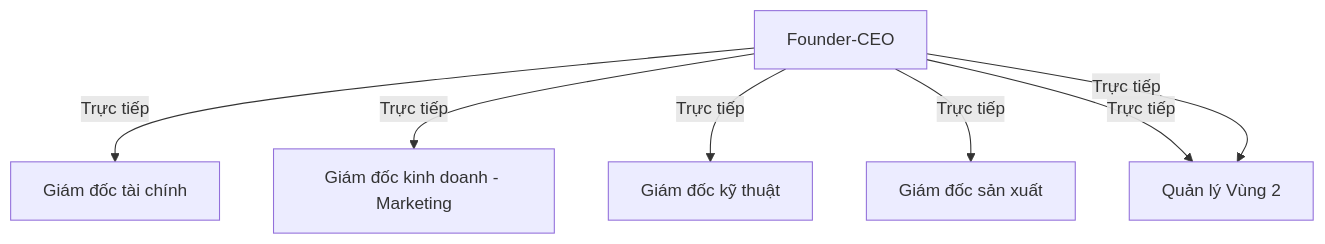
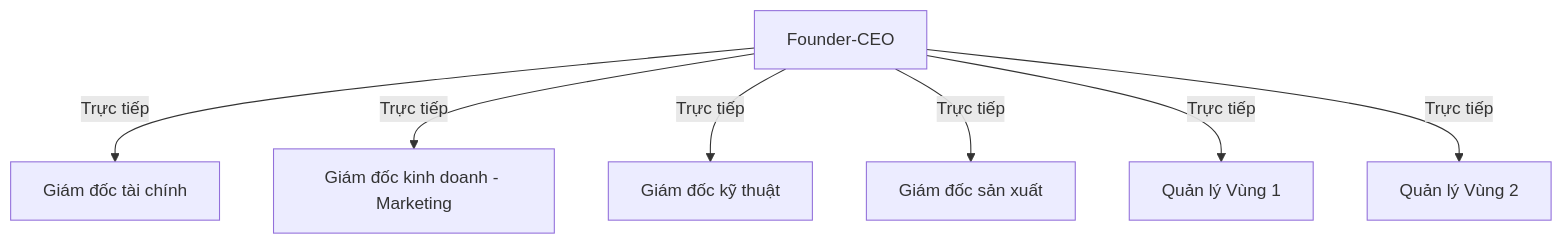
One commit to trethanhphat/gioi-thieu changed the diagram in organizational-chart.md. Above: the diagram before and after it, drawn with Mermaid.

````diff
--- a/organizational-chart.md
+++ b/organizational-chart.md
@@ -3,12 +3,12 @@
 ```mermaid
 flowchart TD
 A["Founder-CEO"] --> |"Trực tiếp"| B["Giám đốc tài chính"]
 A --> |"Trực tiếp"| C["Giám đốc kinh doanh - Marketing"]
 A --> |"Trực tiếp"| D["Giám đốc kỹ thuật"]
 A --> |"Trực tiếp"| E["Giám đốc sản xuất"]
 A --> |"Trực tiếp"| F["Quản lý Vùng 1"]
-A --> |"Trực tiếp"| F["Quản lý Vùng 2"]
+A --> |"Trực tiếp"| G["Quản lý Vùng 2"]
 
 
 
 ```
````
